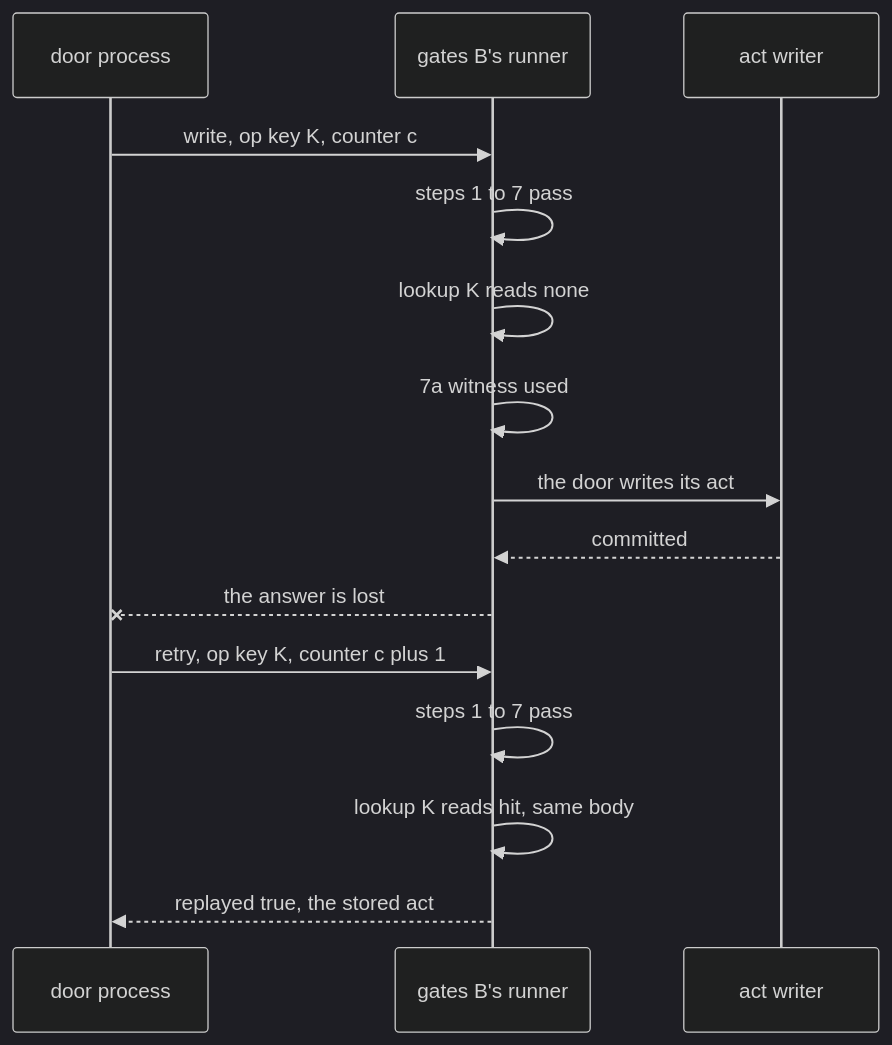
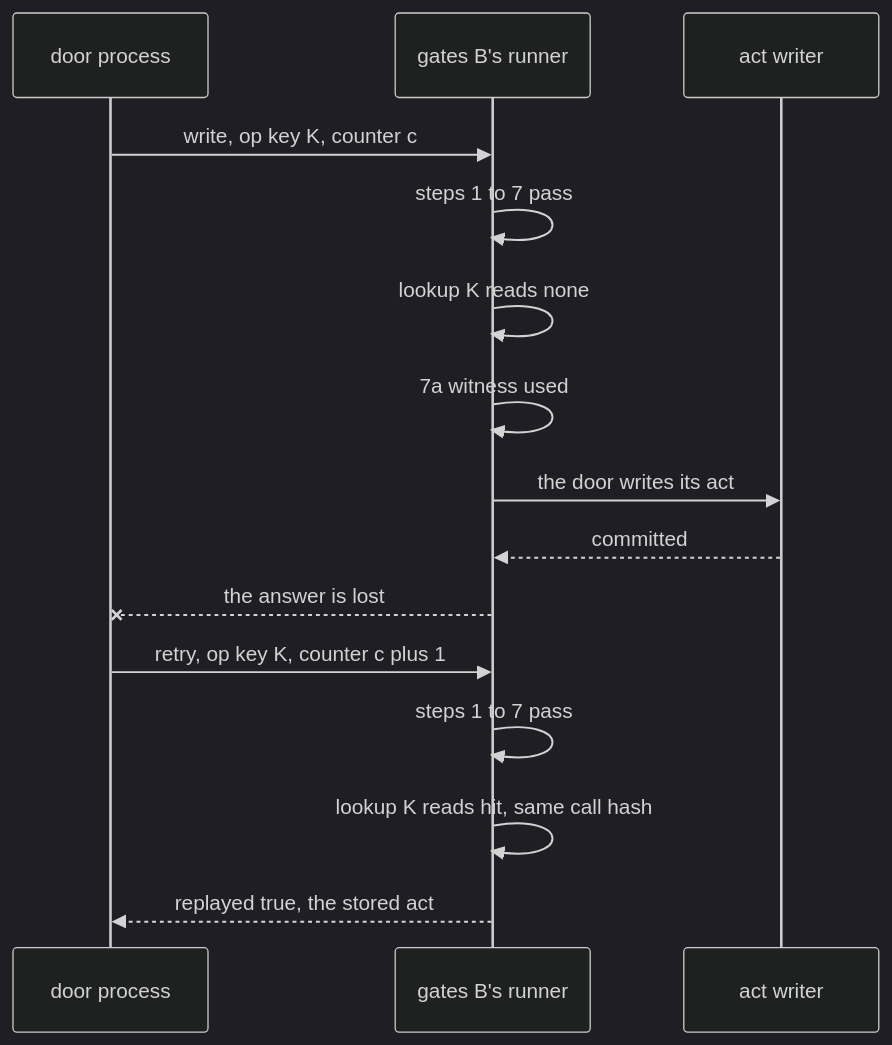
One commit to Synapsium-Labs/ccrc-pwa changed the second of 2 diagrams in docs/superpowers/plans/2026-11-16-overlord-w2/w2-act-rows.md. Above: the diagram before and after it, drawn with Mermaid (dark theme). The commit also changed other lines of this file and 1 other file, not shown here.

````diff
--- a/docs/superpowers/plans/2026-11-16-overlord-w2/w2-act-rows.md
+++ b/docs/superpowers/plans/2026-11-16-overlord-w2/w2-act-rows.md
@@ -410,17 +440,17 @@
 ```mermaid
 sequenceDiagram
   participant P as door process
   participant G as gates B's runner
   participant W as act writer
   P->>G: write, op key K, counter c
   G->>G: steps 1 to 7 pass
   G->>G: lookup K reads none
   G->>G: 7a witness used
   G->>W: the door writes its act
   W-->>G: committed
   G--xP: the answer is lost
   P->>G: retry, op key K, counter c plus 1
   G->>G: steps 1 to 7 pass
-  G->>G: lookup K reads hit, same body
+  G->>G: lookup K reads hit, same call hash
   G-->>P: replayed true, the stored act
 ```
````
